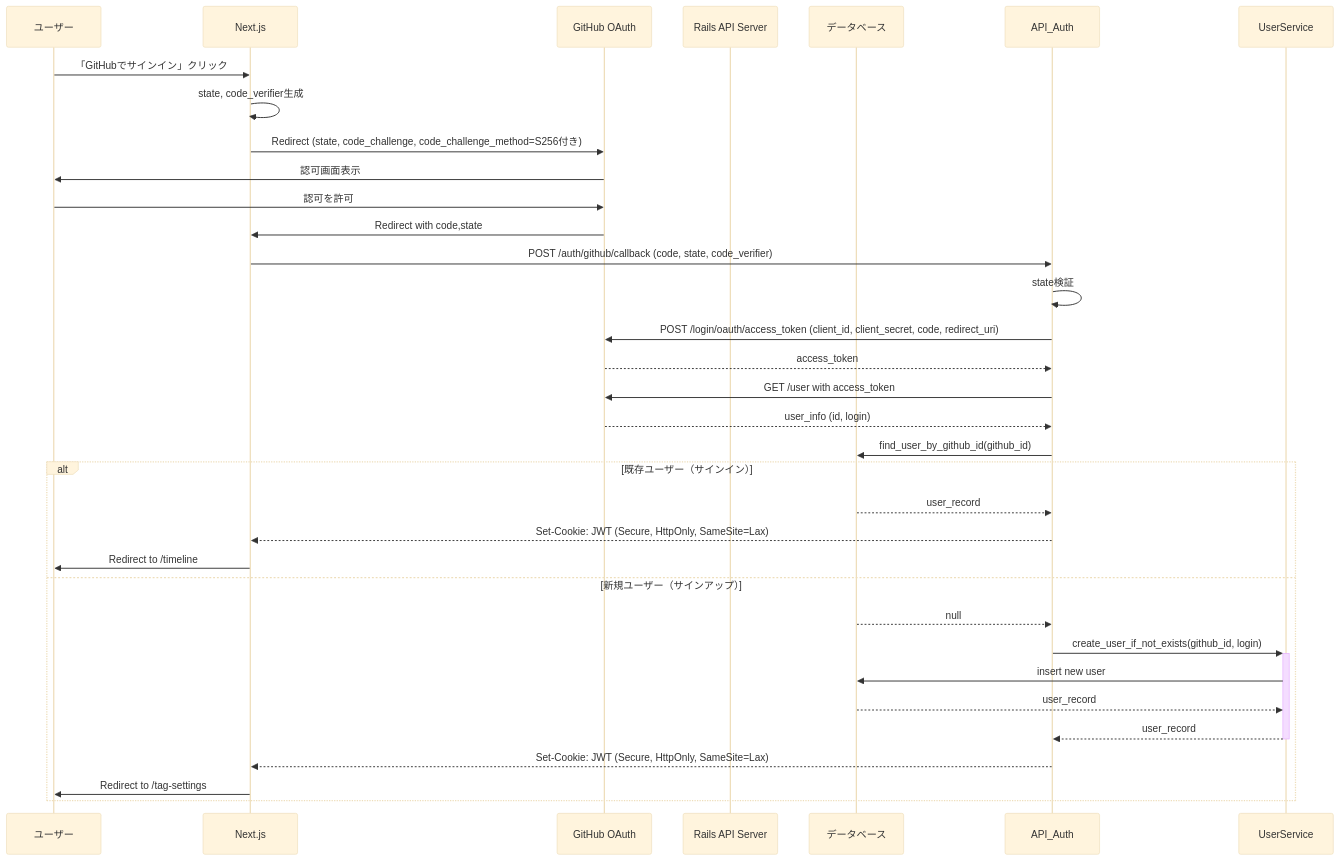
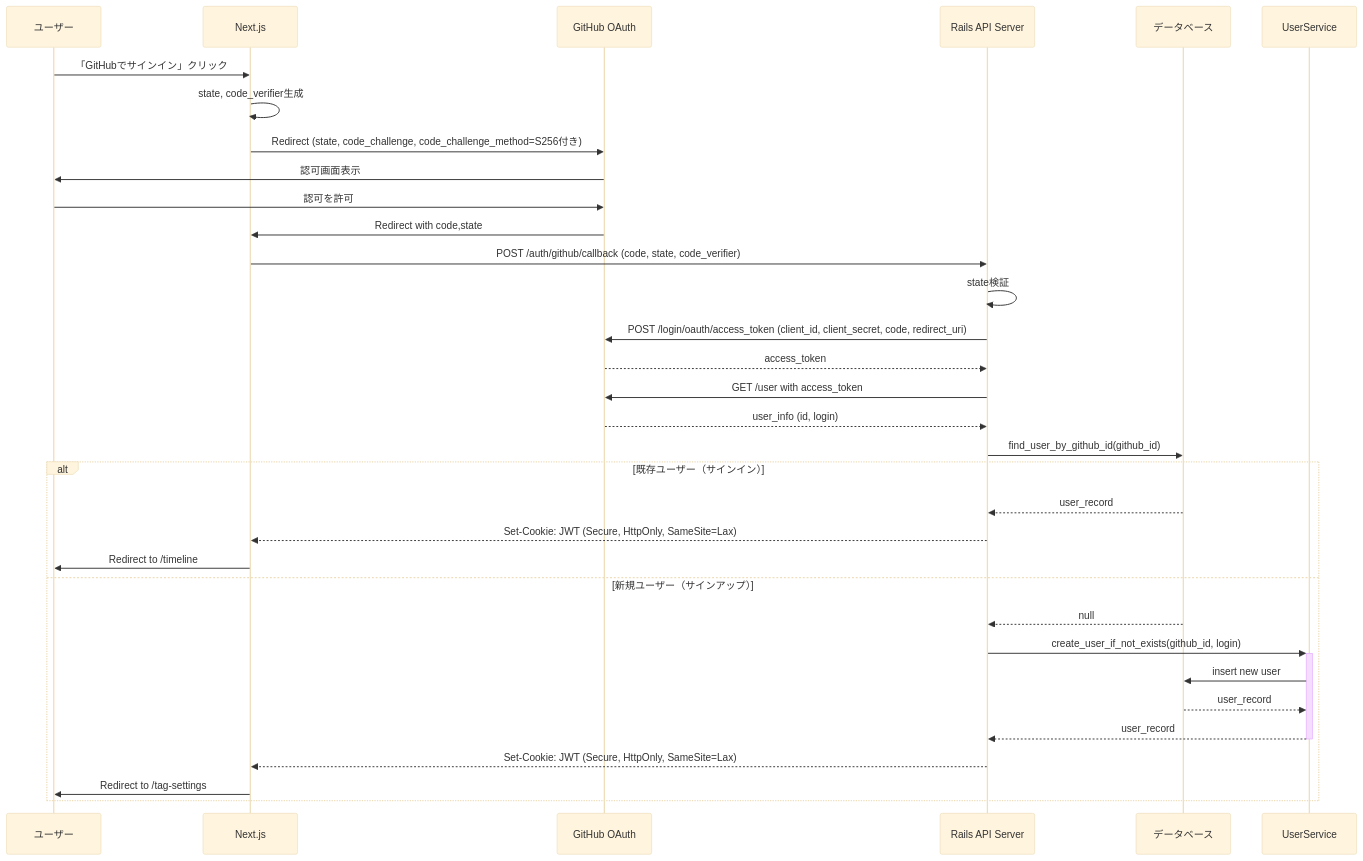
Before and after one commit to tsukuneA1/git-feed: the diagram in signin-sequence.md, drawn with Mermaid (base theme).

Commit message:
fix:API_auth→RailsAPI

````diff
--- a/signin-sequence.md
+++ b/signin-sequence.md
@@ -1,35 +1,35 @@
 ```mermaid
 sequenceDiagram
     participant User as ユーザー
     participant Frontend as Next.js
     participant GitHub as GitHub OAuth
-    participant API as Rails API Server
+    participant RailsAPI as Rails API Server
     participant DB as データベース
 
     User ->> Frontend: 「GitHubでサインイン」クリック
     Frontend ->> Frontend: state, code_verifier生成
     Frontend ->> GitHub: Redirect (state, code_challenge, code_challenge_method=S256付き)
     GitHub ->> User: 認可画面表示
     User ->> GitHub: 認可を許可
     GitHub ->> Frontend: Redirect with code,state
-    Frontend ->> API_Auth: POST /auth/github/callback (code, state, code_verifier)
-    API_Auth ->> API_Auth: state検証
-    API_Auth ->> GitHub: POST /login/oauth/access_token (client_id, client_secret, code, redirect_uri)
-    GitHub -->> API_Auth: access_token
-    API_Auth ->> GitHub: GET /user with access_token
-    GitHub -->> API_Auth: user_info (id, login)
-    API_Auth ->> DB: find_user_by_github_id(github_id)
+    Frontend ->> RailsAPI: POST /auth/github/callback (code, state, code_verifier)
+    RailsAPI ->> RailsAPI: state検証
+    RailsAPI ->> GitHub: POST /login/oauth/access_token (client_id, client_secret, code, redirect_uri)
+    GitHub -->> RailsAPI: access_token
+    RailsAPI ->> GitHub: GET /user with access_token
+    GitHub -->> RailsAPI: user_info (id, login)
+    RailsAPI ->> DB: find_user_by_github_id(github_id)
     alt 既存ユーザー（サインイン）
-        DB -->> API_Auth: user_record
-        API_Auth -->> Frontend: Set-Cookie: JWT (Secure, HttpOnly, SameSite=Lax)
+        DB -->> RailsAPI: user_record
+        RailsAPI -->> Frontend: Set-Cookie: JWT (Secure, HttpOnly, SameSite=Lax)
         Frontend ->> User: Redirect to /timeline
     else 新規ユーザー（サインアップ）
-        DB -->> API_Auth: null
-        API_Auth ->>+ UserService: create_user_if_not_exists(github_id, login)
+        DB -->> RailsAPI: null
+        RailsAPI ->>+ UserService: create_user_if_not_exists(github_id, login)
         UserService ->> DB: insert new user
         DB -->> UserService: user_record
-        UserService -->>- API_Auth: user_record
-        API_Auth -->> Frontend: Set-Cookie: JWT (Secure, HttpOnly, SameSite=Lax)
+        UserService -->>- RailsAPI: user_record
+        RailsAPI -->> Frontend: Set-Cookie: JWT (Secure, HttpOnly, SameSite=Lax)
         Frontend ->> User: Redirect to /tag-settings
     end
 ```
````
